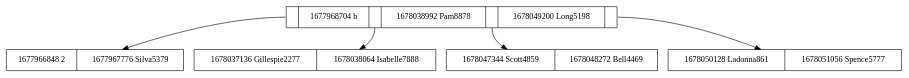
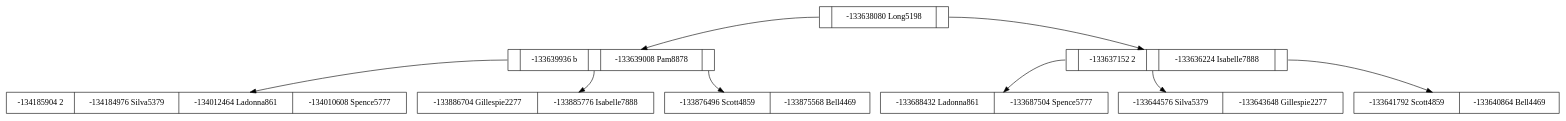
One commit to betebetoven/EDDS2F2 changed the diagram in arbolb.dot. Above: the diagram before and after it, drawn with Graphviz. The commit also changed 14 other files, not shown here.

```diff
--- a/arbolb.dot
+++ b/arbolb.dot
@@ -1,25 +1,41 @@
 digraph G {
 node[shape=record]
 		//Agregar Nodos Rama
-R0x7f9f6403c540[label="<C1>|1677968704 
- b|<C2>|1678038992 
- Pam8878|<C3>|1678049200 
- Long5198|<C4>"];
-R0x7f9f6403be00[label="1677966848 
- 2|1677967776 
- Silva5379"];
-R0x7f9f6404d090[label="1678037136 
- Gillespie2277|1678038064 
+R0x7f32f808d840[label="<C1>|-133638080 
+ Long5198|<C2>"];
+R0x7f32f808d100[label="<C1>|-133639936 
+ b|<C2>|-133639008 
+ Pam8878|<C3>"];
+R0x7f32f8007c50[label="-134185904 
+ 2|-134184976 
+ Silva5379|-134012464 
+ Ladonna861|-134010608 
+ Spence5777"];
+R0x7f32f8050d10[label="-133886704 
+ Gillespie2277|-133885776 
  Isabelle7888"];
-R0x7f9f6404f870[label="1678047344 
- Scott4859|1678048272 
+R0x7f32f80534f0[label="-133876496 
+ Scott4859|-133875568 
  Bell4469"];
-R0x7f9f64050350[label="1678050128 
- Ladonna861|1678051056 
+R0x7f32f808dbe0[label="<C1>|-133637152 
+ 2|<C2>|-133636224 
+ Isabelle7888|<C3>"];
+R0x7f32f8081390[label="-133688432 
+ Ladonna861|-133687504 
  Spence5777"];
+R0x7f32f808bee0[label="-133644576 
+ Silva5379|-133643648 
+ Gillespie2277"];
+R0x7f32f808c9c0[label="-133641792 
+ Scott4859|-133640864 
+ Bell4469"];
 		//Agregar conexiones
-R0x7f9f6403c540:C1->R0x7f9f6403be00;
-R0x7f9f6403c540:C2->R0x7f9f6404d090;
-R0x7f9f6403c540:C3->R0x7f9f6404f870;
-R0x7f9f6403c540:C4->R0x7f9f64050350;
+R0x7f32f808d840:C1->R0x7f32f808d100;
+R0x7f32f808d100:C1->R0x7f32f8007c50;
+R0x7f32f808d100:C2->R0x7f32f8050d10;
+R0x7f32f808d100:C3->R0x7f32f80534f0;
+R0x7f32f808d840:C2->R0x7f32f808dbe0;
+R0x7f32f808dbe0:C1->R0x7f32f8081390;
+R0x7f32f808dbe0:C2->R0x7f32f808bee0;
+R0x7f32f808dbe0:C3->R0x7f32f808c9c0;
 }
```
